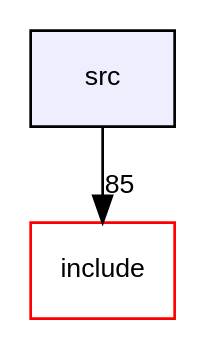
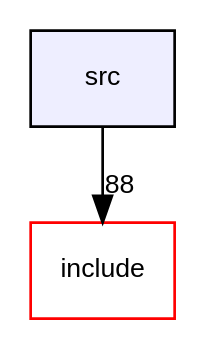
The diagram in docs/dir_68267d1309a1af8e8297ef4c3efbcdba_dep.dot (scottperkins/gw_analysis_tools), drawn with Graphviz before and after one commit. The commit also changed 155 other files, not shown here.

```diff
--- a/docs/dir_68267d1309a1af8e8297ef4c3efbcdba_dep.dot
+++ b/docs/dir_68267d1309a1af8e8297ef4c3efbcdba_dep.dot
@@ -1,8 +1,8 @@
 digraph "src" {
   compound=true
   node [ fontsize="10", fontname="Helvetica"];
   edge [ labelfontsize="10", labelfontname="Helvetica"];
   dir_68267d1309a1af8e8297ef4c3efbcdba [shape=box, label="src", style="filled", fillcolor="#eeeeff", pencolor="black", URL="dir_68267d1309a1af8e8297ef4c3efbcdba.html"];
   dir_d44c64559bbebec7f509842c48db8b23 [shape=box label="include" fillcolor="white" style="filled" color="red" URL="dir_d44c64559bbebec7f509842c48db8b23.html"];
-  dir_68267d1309a1af8e8297ef4c3efbcdba->dir_d44c64559bbebec7f509842c48db8b23 [headlabel="85", labeldistance=1.5 headhref="dir_000002_000000.html"];
+  dir_68267d1309a1af8e8297ef4c3efbcdba->dir_d44c64559bbebec7f509842c48db8b23 [headlabel="88", labeldistance=1.5 headhref="dir_000002_000000.html"];
 }
```
